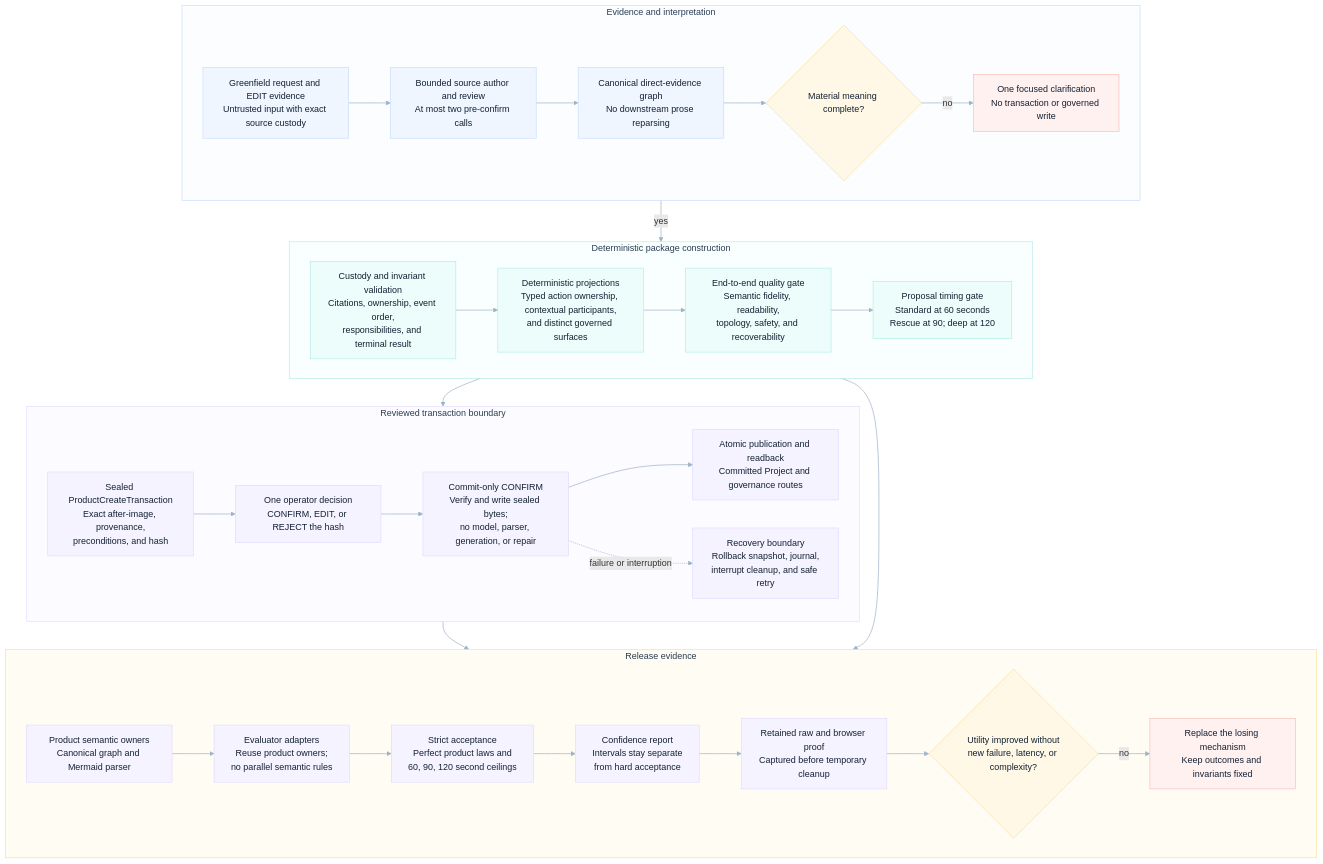
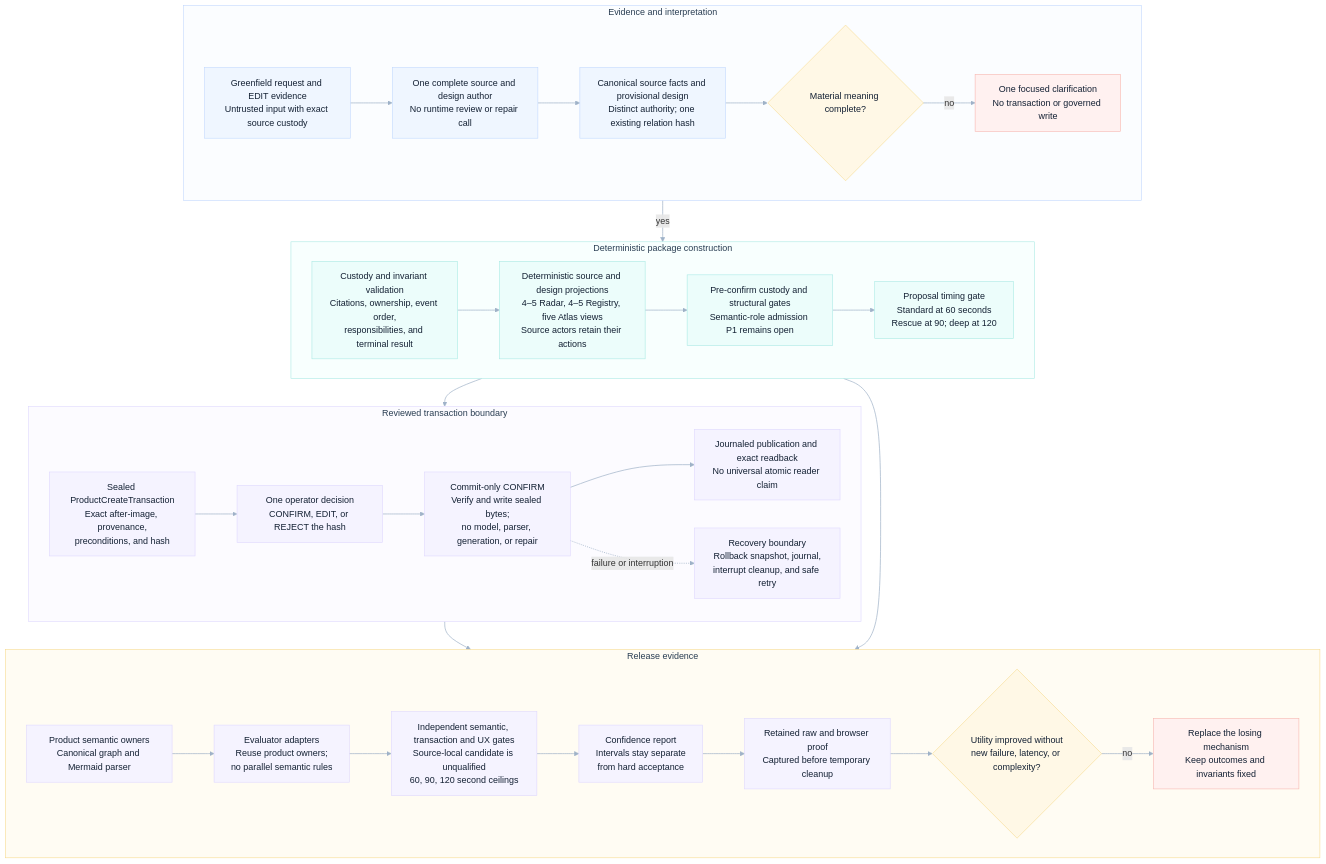
The diagram in odylith/atlas/source/domain-intelligence-greenfield-governance.mmd (odylith/odylith), drawn with Mermaid before and after one commit. The commit also changed 138 other files, not shown here.

First line of the commit message:
Checkpoint unqualified Greenfield complete-design integration

```diff
--- a/odylith/atlas/source/domain-intelligence-greenfield-governance.mmd
+++ b/odylith/atlas/source/domain-intelligence-greenfield-governance.mmd
@@ -1,66 +1,66 @@
 flowchart TB
     subgraph evidence_lane["Evidence and interpretation"]
       direction LR
       request["Greenfield request and EDIT evidence<br/>Untrusted input with exact source custody"]
-      model_pass["Bounded source author and review<br/>At most two pre-confirm calls"]
-      typed_graph["Canonical direct-evidence graph<br/>No downstream prose reparsing"]
+      model_pass["One complete source and design author<br/>No runtime review or repair call"]
+      typed_graph["Canonical source facts and provisional design<br/>Distinct authority; one existing relation hash"]
       ambiguity{"Material meaning complete?"}
       clarify["One focused clarification<br/>No transaction or governed write"]
       request --> model_pass --> typed_graph --> ambiguity
       ambiguity -- "no" --> clarify
     end
 
     subgraph projection_lane["Deterministic package construction"]
       direction LR
       custody["Custody and invariant validation<br/>Citations, ownership, event order,<br/>responsibilities, and terminal result"]
-      projections["Deterministic projections<br/>Typed action ownership, contextual participants,<br/>and distinct governed surfaces"]
-      quality["End-to-end quality gate<br/>Semantic fidelity, readability,<br/>topology, safety, and recoverability"]
+      projections["Deterministic source and design projections<br/>4–5 Radar, 4–5 Registry, five Atlas views<br/>Source actors retain their actions"]
+      quality["Pre-confirm custody and structural gates<br/>Semantic-role admission P1 remains open"]
       timing["Proposal timing gate<br/>Standard at 60 seconds<br/>Rescue at 90; deep at 120"]
       custody --> projections --> quality --> timing
     end
 
     subgraph transaction_lane["Reviewed transaction boundary"]
       direction LR
       sealed["Sealed ProductCreateTransaction<br/>Exact after-image, provenance,<br/>preconditions, and hash"]
       decision["One operator decision<br/>CONFIRM, EDIT, or REJECT the hash"]
       confirm["Commit-only CONFIRM<br/>Verify and write sealed bytes;<br/>no model, parser, generation, or repair"]
-      publish["Atomic publication and readback<br/>Committed Project and governance routes"]
+      publish["Journaled publication and exact readback<br/>No universal atomic reader claim"]
       recovery["Recovery boundary<br/>Rollback snapshot, journal,<br/>interrupt cleanup, and safe retry"]
       sealed --> decision --> confirm --> publish
       confirm -. "failure or interruption" .-> recovery
     end
 
     subgraph proof_lane["Release evidence"]
       direction LR
       owners["Product semantic owners<br/>Canonical graph and Mermaid parser"]
       evaluator["Evaluator adapters<br/>Reuse product owners;<br/>no parallel semantic rules"]
-      acceptance["Strict acceptance<br/>Perfect product laws and<br/>60, 90, 120 second ceilings"]
+      acceptance["Independent semantic, transaction and UX gates<br/>Source-local candidate is unqualified<br/>60, 90, 120 second ceilings"]
       confidence["Confidence report<br/>Intervals stay separate<br/>from hard acceptance"]
       retained["Retained raw and browser proof<br/>Captured before temporary cleanup"]
       drift{"Utility improved without<br/>new failure, latency, or complexity?"}
       replace["Replace the losing mechanism<br/>Keep outcomes and invariants fixed"]
       owners --> evaluator --> acceptance --> confidence --> retained --> drift
       drift -- "no" --> replace
     end
 
     ambiguity -- "yes" --> custody
     timing --> sealed
     quality --> evaluator
     publish --> retained
 
     classDef primary fill:#EFF6FF,stroke:#BFD7FE,color:#132033,stroke-width:1px;
     classDef execution fill:#ECFDFB,stroke:#A7E9E3,color:#132033,stroke-width:1px;
     classDef governance fill:#F5F3FF,stroke:#DDD6FE,color:#132033,stroke-width:1px;
     classDef constraint fill:#FFF8E6,stroke:#F6D98B,color:#132033,stroke-width:1px;
     classDef invalid fill:#FFF1F0,stroke:#F7B4AE,color:#132033,stroke-width:1px;
     class request,model_pass,typed_graph primary;
     class custody,projections,quality,timing execution;
     class sealed,decision,confirm,publish,recovery,owners,evaluator,acceptance,confidence,retained governance;
     class ambiguity,drift constraint;
     class clarify,replace invalid;
 
     style evidence_lane fill:#FBFDFF,stroke:#BFD7FE,stroke-width:1px,color:#293D52
     style projection_lane fill:#F8FFFE,stroke:#A7E9E3,stroke-width:1px,color:#293D52
     style transaction_lane fill:#FCFBFF,stroke:#DDD6FE,stroke-width:1px,color:#293D52
     style proof_lane fill:#FFFCF3,stroke:#F6D98B,stroke-width:1px,color:#293D52
     linkStyle default stroke:#9FB2C8,stroke-width:1.25px
```
